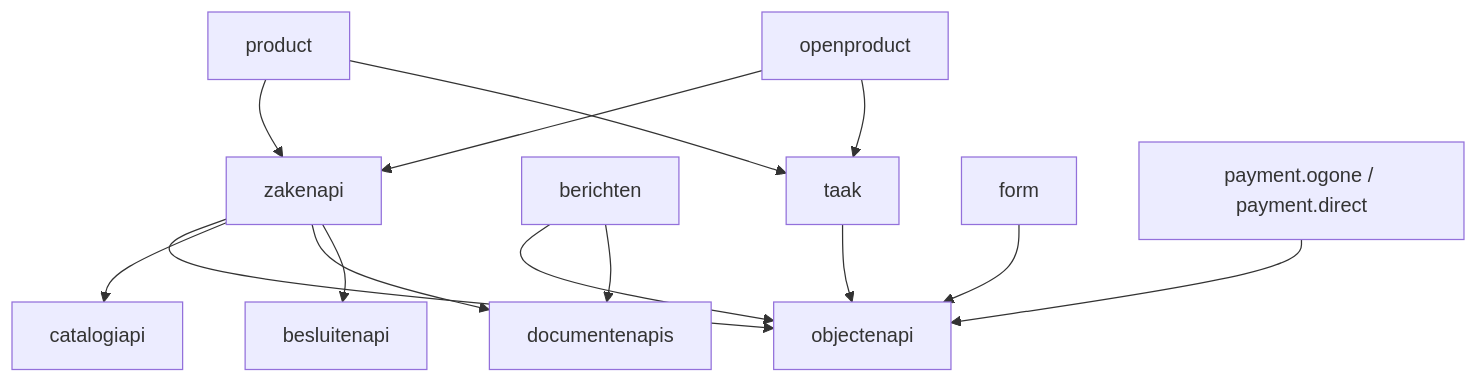
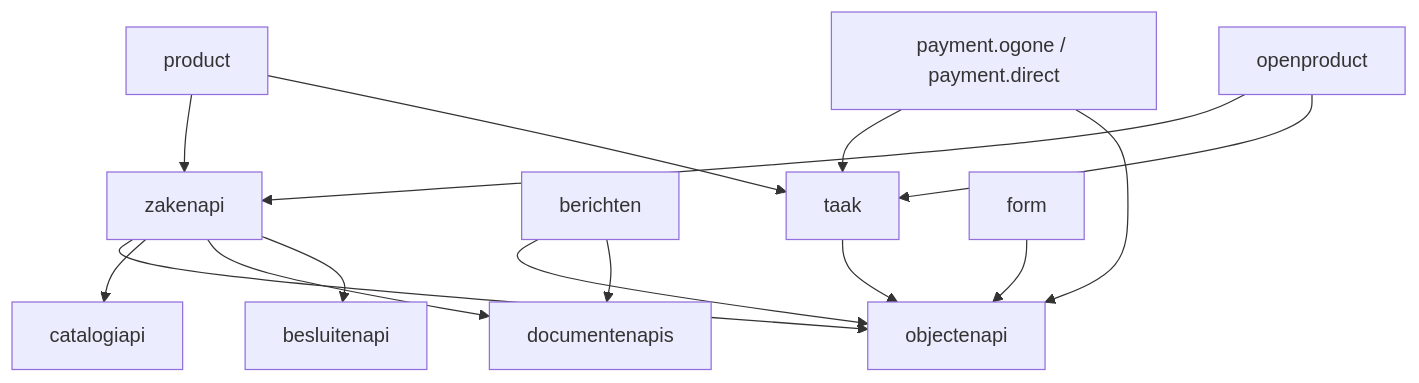
The second of 2 diagrams in documentation/configuratie/module-dependency-guide.md (nl-portal/nl-portal), drawn with Mermaid before and after one commit. The commit also changed other lines of this file and 39 other files, not shown here.

````diff
--- a/documentation/configuratie/module-dependency-guide.md
+++ b/documentation/configuratie/module-dependency-guide.md
@@ -122,28 +122,29 @@
 ```mermaid
 flowchart TB
     product["product"]
     openproduct["openproduct"]
     zakenapi["zakenapi"]
     berichten["berichten"]
     taak["taak"]
     form["form"]
     payment["payment.ogone / payment.direct"]
     objectenapi["objectenapi"]
     catalogiapi["catalogiapi"]
     documentenapis["documentenapis"]
     besluitenapi["besluitenapi"]
 
     product --> zakenapi
     product --> taak
     openproduct --> zakenapi
     openproduct --> taak
     zakenapi --> objectenapi
     zakenapi --> catalogiapi
     zakenapi --> documentenapis
     zakenapi --> besluitenapi
     berichten --> objectenapi
     berichten --> documentenapis
     taak --> objectenapi
     form --> objectenapi
+    payment --> taak
     payment --> objectenapi
 ```
````
